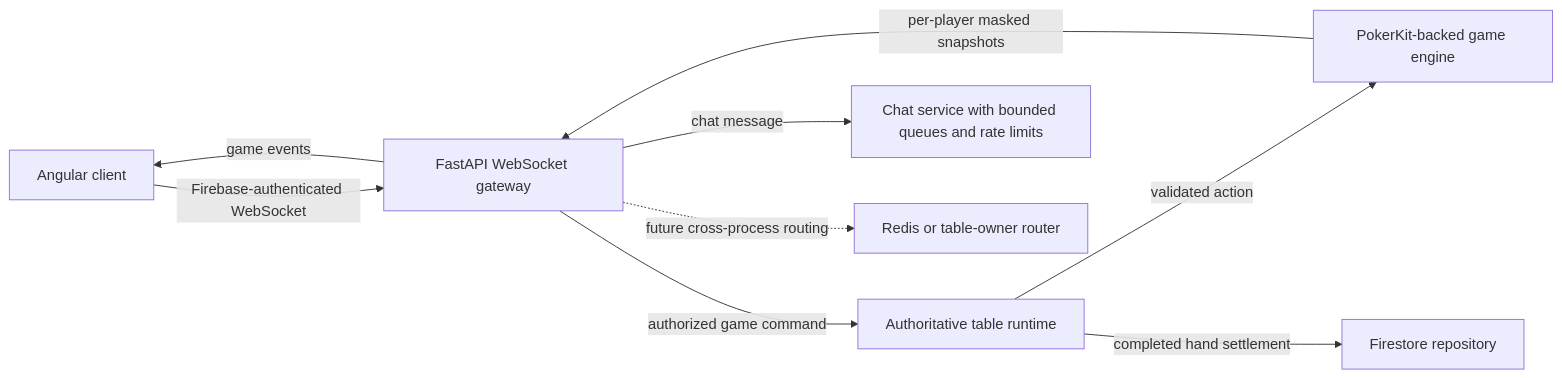
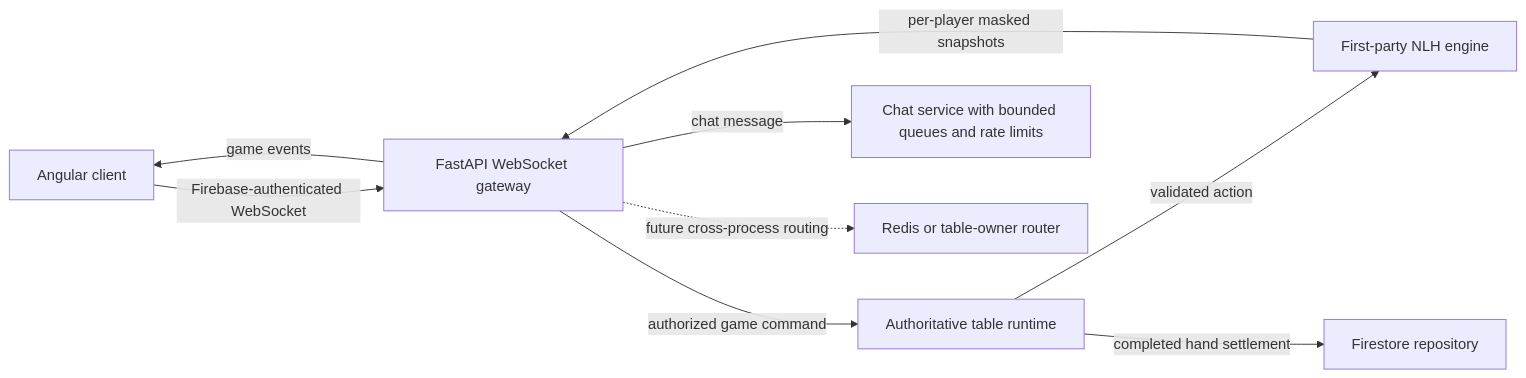
Before and after one commit to jaspervborcena/cowboysphpokerbackend: the diagram in websocket.md, drawn with Mermaid. The commit also changed other lines of this file and 30 other files, not shown here.

Commit message:
Complete first-party NLH engine migration

````diff
--- a/websocket.md
+++ b/websocket.md
@@ -146,11 +146,11 @@
 ```mermaid
 flowchart LR
     C[Angular client] -->|Firebase-authenticated WebSocket| G[FastAPI WebSocket gateway]
     G -->|authorized game command| R[Authoritative table runtime]
-    R -->|validated action| P[PokerKit-backed game engine]
+    R -->|validated action| P[First-party NLH engine]
     P -->|per-player masked snapshots| G
     G -->|game events| C
     G -->|chat message| H[Chat service with bounded queues and rate limits]
     R -->|completed hand settlement| F[Firestore repository]
     G -. future cross-process routing .-> X[Redis or table-owner router]
 ```
````
